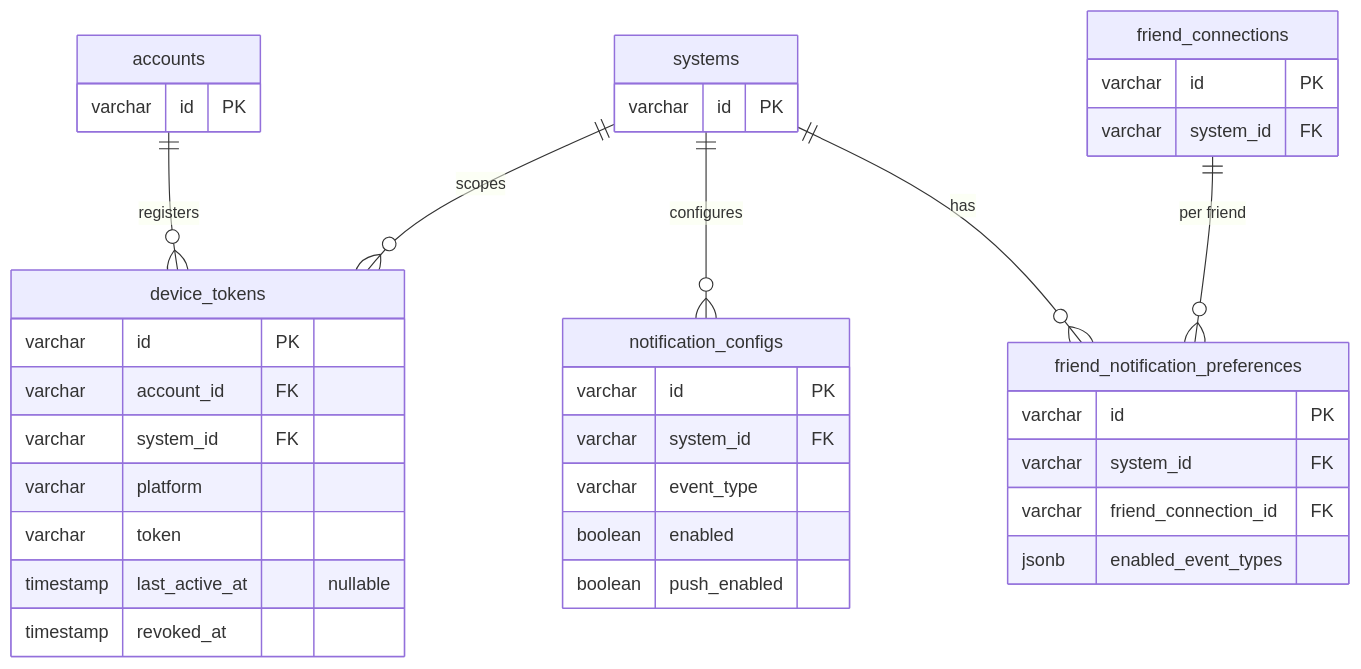
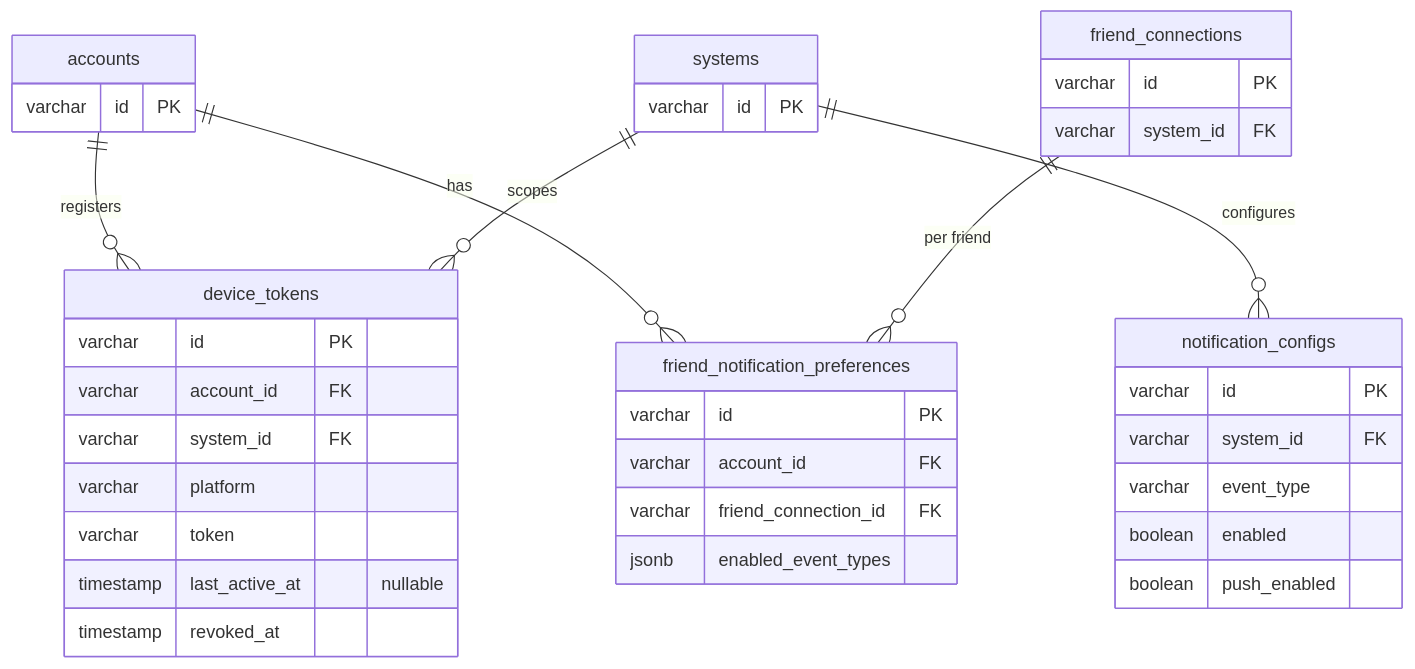
One commit to ThePrismSystem/pluralscape-mono changed diagram 14 of 21 in docs/database-schema.md. Above: the diagram before and after it, drawn with Mermaid. The commit also changed other lines of this file and 19 other files, not shown here.

First line of the commit message:
docs: update schema doc and future-features for PR #89 changes

````diff
--- a/docs/database-schema.md
+++ b/docs/database-schema.md
@@ -729,46 +755,46 @@
 ```mermaid
 erDiagram
     accounts {
         varchar id PK
     }
 
     systems {
         varchar id PK
     }
 
     friend_connections {
         varchar id PK
         varchar system_id FK
     }
 
     device_tokens {
         varchar id PK
         varchar account_id FK
         varchar system_id FK
         varchar platform
         varchar token
         timestamp last_active_at "nullable"
         timestamp revoked_at
     }
 
     notification_configs {
         varchar id PK
         varchar system_id FK
         varchar event_type
         boolean enabled
         boolean push_enabled
     }
 
     friend_notification_preferences {
         varchar id PK
-        varchar system_id FK
+        varchar account_id FK
         varchar friend_connection_id FK
         jsonb enabled_event_types
     }
 
     accounts ||--o{ device_tokens : "registers"
     systems ||--o{ device_tokens : "scopes"
     systems ||--o{ notification_configs : "configures"
-    systems ||--o{ friend_notification_preferences : "has"
+    accounts ||--o{ friend_notification_preferences : "has"
     friend_connections ||--o{ friend_notification_preferences : "per friend"
 ```
````
